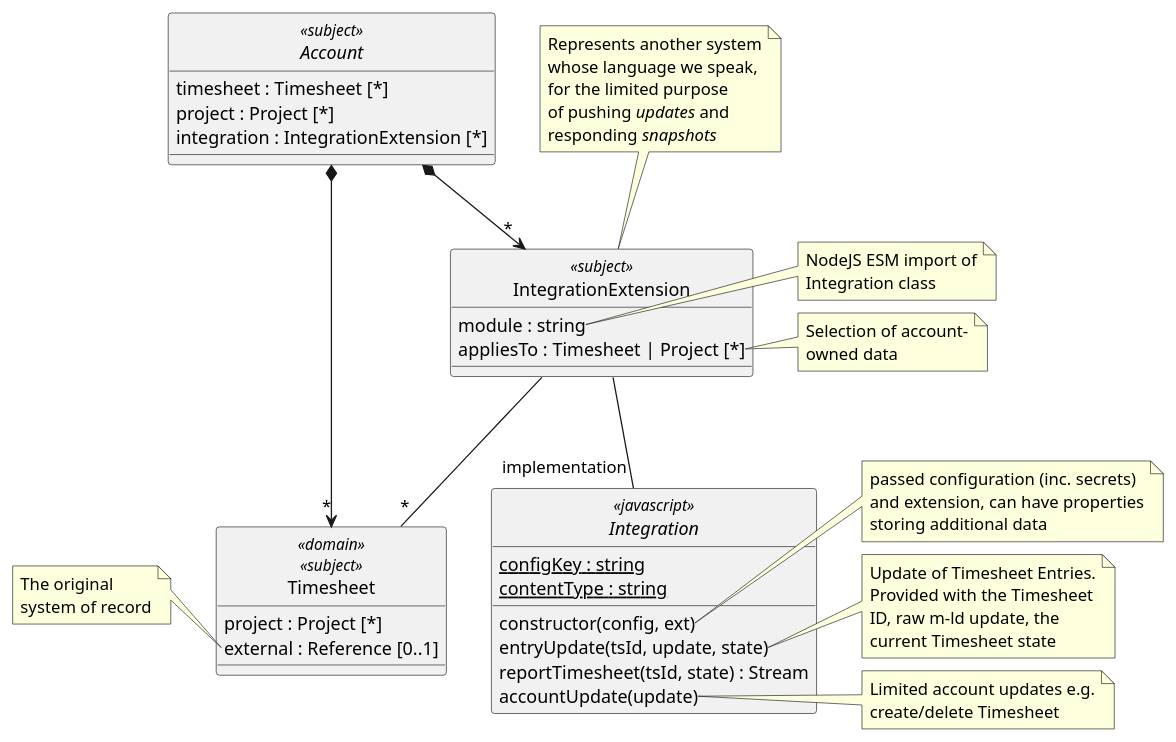
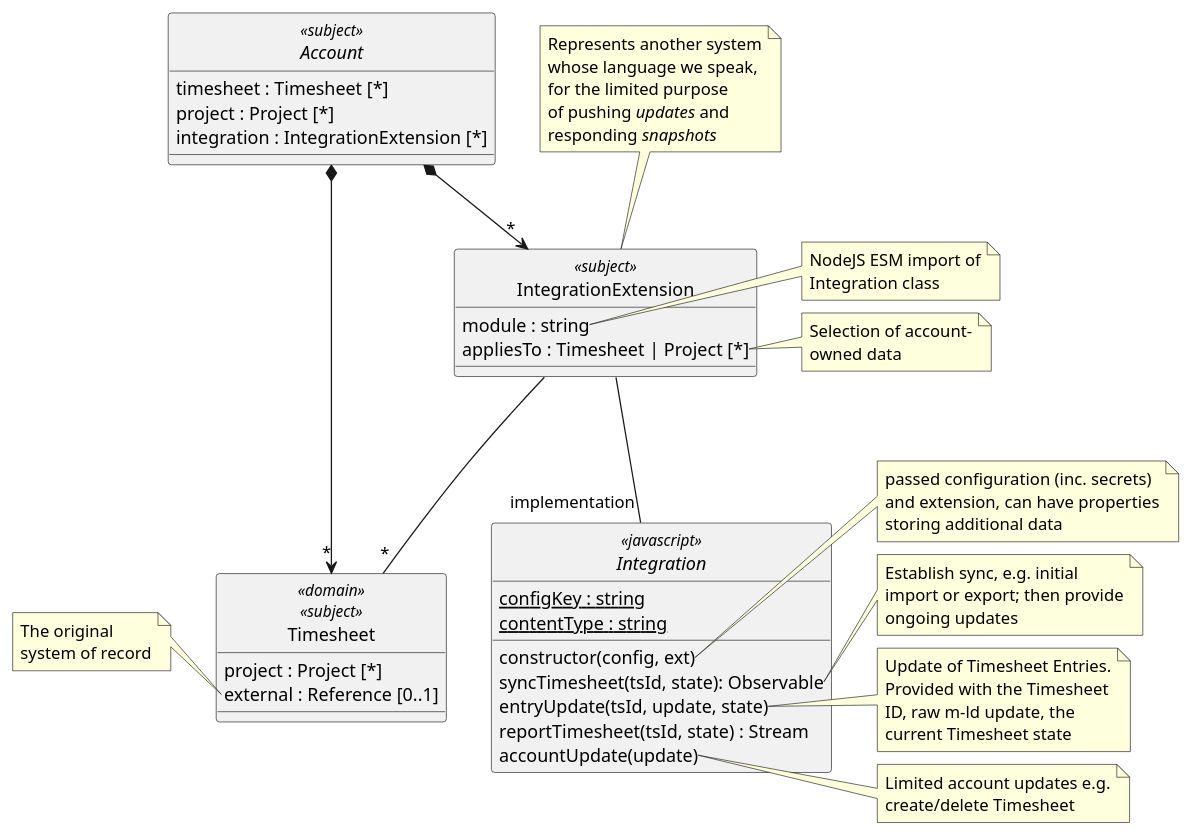
The diagram in architecture/integration/integration.class.puml (m-ld/timeld), drawn with PlantUML before and after one commit. The commit also changed 9 other files, not shown here.

```diff
--- a/architecture/integration/integration.class.puml
+++ b/architecture/integration/integration.class.puml
@@ -1,78 +1,85 @@
 @startuml
 'https://plantuml.com/class-diagram
 
 hide circle
 allowmixing
 
 abstract class Account <<subject>> {
   timesheet : Timesheet [*]
   project : Project [*]
   integration : IntegrationExtension [*]
 }
 
 class Timesheet <<domain>> <<subject>> {
   project : Project [*]
   external : Reference [0..1]
 }
 note left of Timesheet::external
   The original
   system of record
 end note
 
 Account *--> "*" Timesheet
 
 class IntegrationExtension <<subject>> {
   module : string
   appliesTo : Timesheet | Project [*]
 }
 note top of IntegrationExtension
   Represents another system
   whose language we speak,
   for the limited purpose
   of pushing //updates// and
   responding //snapshots//
 end note
 
 note right of IntegrationExtension::module
   NodeJS ESM import of
   Integration class
 end note
 
 note right of IntegrationExtension::appliesTo
   Selection of account-
   owned data
 end note
 
 IntegrationExtension -- "*" Timesheet
 
 Account *--> "*" IntegrationExtension
 
 abstract class Integration <<javascript>> {
   {static} configKey : string
   {static} contentType : string
   constructor(config, ext)
+  syncTimesheet(tsId, state): Observable
   entryUpdate(tsId, update, state)
   reportTimesheet(tsId, state) : Stream
   accountUpdate(update)
 }
 note right of Integration::constructor
   passed configuration (inc. secrets)
   and extension, can have properties
   storing additional data
+end note
+
+note right of Integration::syncTimesheet
+  Establish sync, e.g. initial
+  import or export; then provide
+  ongoing updates
 end note
 
 note right of Integration::entryUpdate
   Update of Timesheet Entries.
   Provided with the Timesheet
   ID, raw m-ld update, the
   current Timesheet state
 end note
 
 note right of Integration::accountUpdate
   Limited account updates e.g.
   create/delete Timesheet
 end note
 
 IntegrationExtension -- "implementation" Integration
 
 @enduml
```
